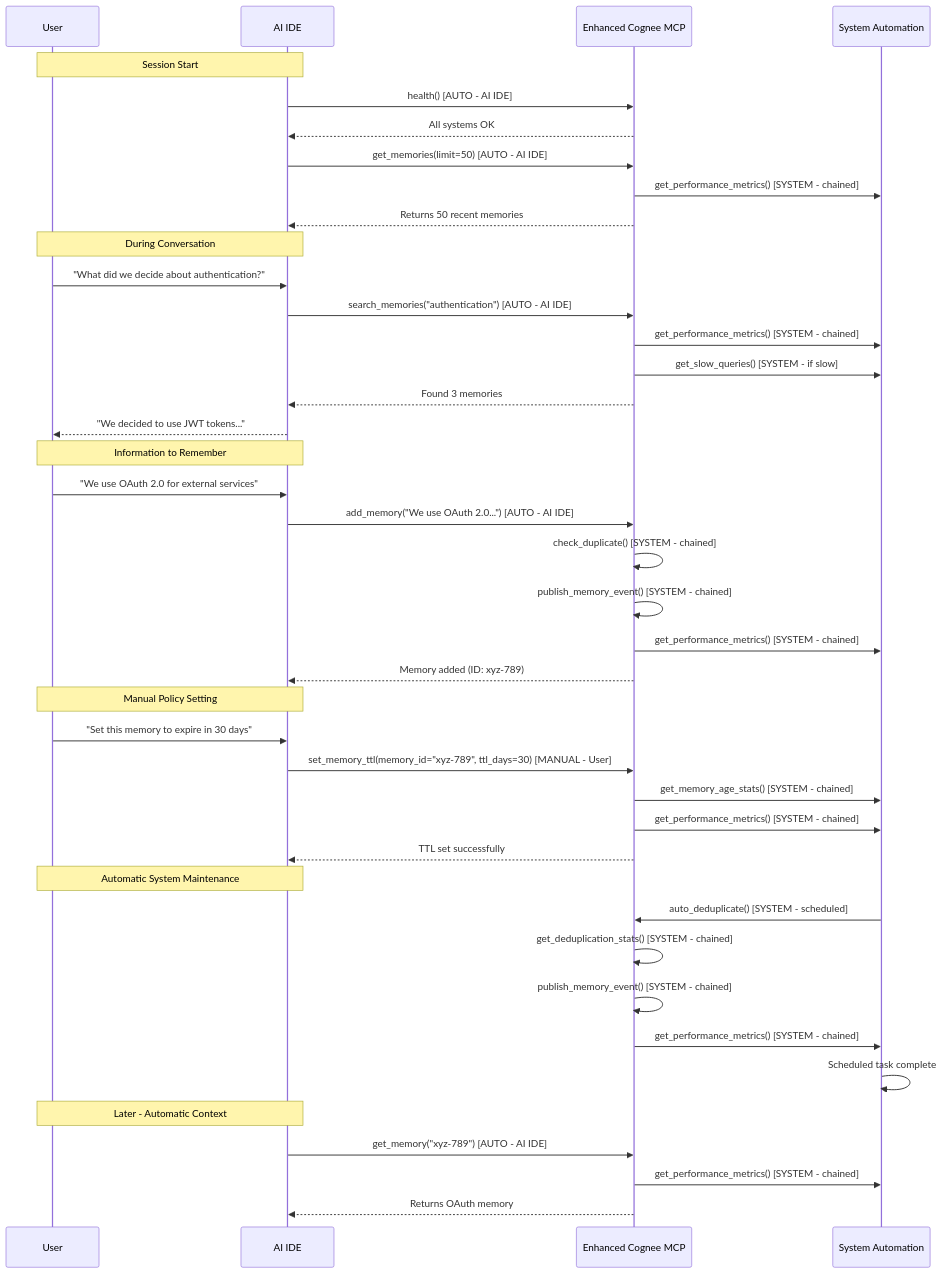
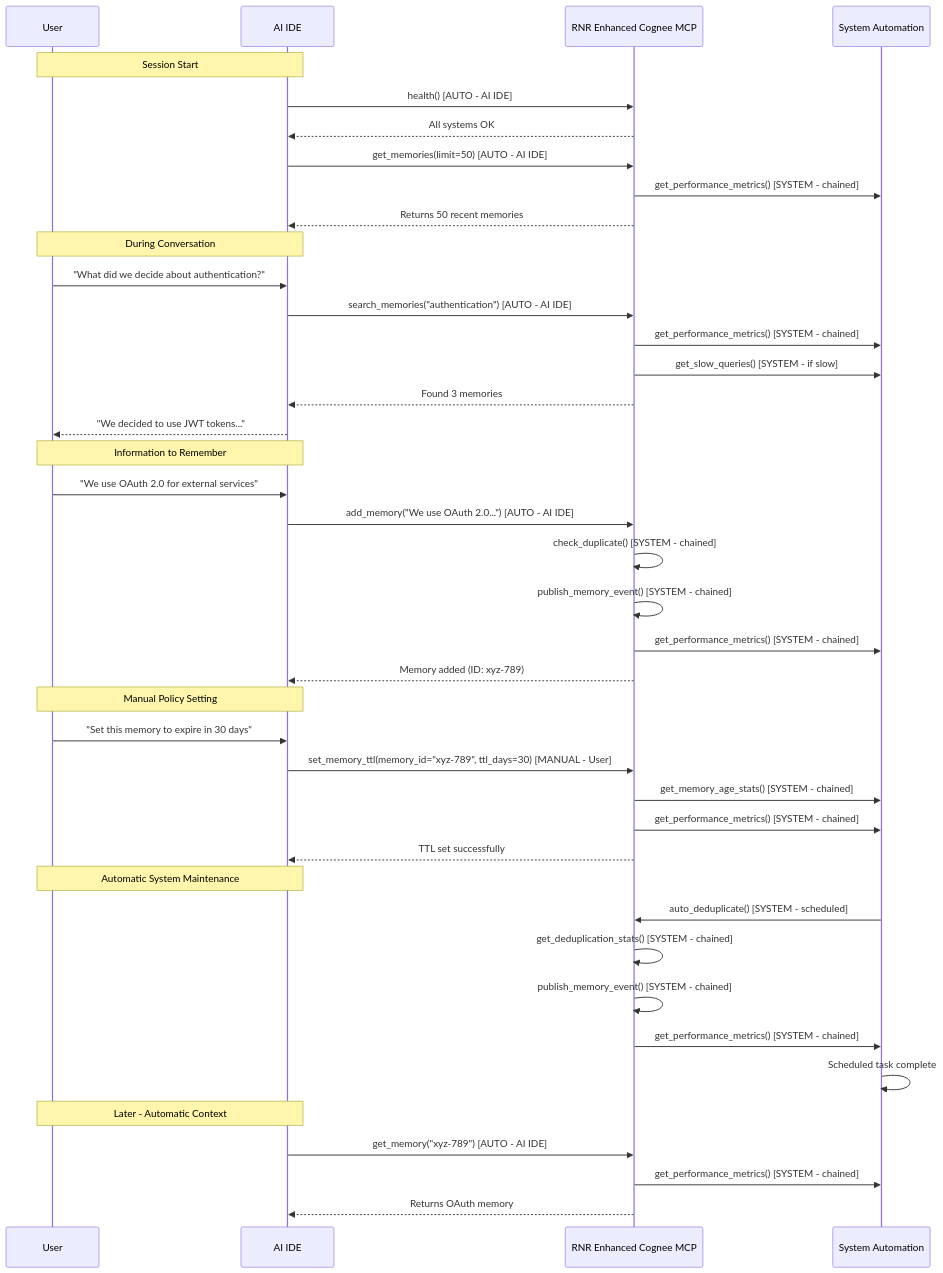
The fourth of 4 diagrams in README.md (vincentspereira/Enhanced-Cognee), drawn with Mermaid before and after one commit. The commit also changed other lines of this file and 464 other files, not shown here.

First line of the commit message:
chore(rename): rebrand references to RNR Enhanced Cognee

````diff
--- a/README.md
+++ b/README.md
@@ -1969,60 +1969,60 @@
 ```mermaid
 sequenceDiagram
     participant User
     participant AI as AI IDE
-    participant MCP as Enhanced Cognee MCP
+    participant MCP as RNR Enhanced Cognee MCP
     participant Sys as System Automation
 
     Note over User,AI: Session Start
 
     AI->>MCP: health() [AUTO - AI IDE]
     MCP-->>AI: All systems OK
 
     AI->>MCP: get_memories(limit=50) [AUTO - AI IDE]
     MCP->>Sys: get_performance_metrics() [SYSTEM - chained]
     MCP-->>AI: Returns 50 recent memories
 
     Note over User,AI: During Conversation
 
     User->>AI: "What did we decide about authentication?"
 
     AI->>MCP: search_memories("authentication") [AUTO - AI IDE]
     MCP->>Sys: get_performance_metrics() [SYSTEM - chained]
     MCP->>Sys: get_slow_queries() [SYSTEM - if slow]
     MCP-->>AI: Found 3 memories
 
     AI-->>User: "We decided to use JWT tokens..."
 
     Note over User,AI: Information to Remember
 
     User->>AI: "We use OAuth 2.0 for external services"
 
     AI->>MCP: add_memory("We use OAuth 2.0...") [AUTO - AI IDE]
     MCP->>MCP: check_duplicate() [SYSTEM - chained]
     MCP->>MCP: publish_memory_event() [SYSTEM - chained]
     MCP->>Sys: get_performance_metrics() [SYSTEM - chained]
     MCP-->>AI: Memory added (ID: xyz-789)
 
     Note over User,AI: Manual Policy Setting
 
     User->>AI: "Set this memory to expire in 30 days"
 
     AI->>MCP: set_memory_ttl(memory_id="xyz-789", ttl_days=30) [MANUAL - User]
     MCP->>Sys: get_memory_age_stats() [SYSTEM - chained]
     MCP->>Sys: get_performance_metrics() [SYSTEM - chained]
     MCP-->>AI: TTL set successfully
 
     Note over User,AI: Automatic System Maintenance
 
     Sys->>MCP: auto_deduplicate() [SYSTEM - scheduled]
     MCP->>MCP: get_deduplication_stats() [SYSTEM - chained]
     MCP->>MCP: publish_memory_event() [SYSTEM - chained]
     MCP->>Sys: get_performance_metrics() [SYSTEM - chained]
     Sys->>Sys: Scheduled task complete
 
     Note over User,AI: Later - Automatic Context
 
     AI->>MCP: get_memory("xyz-789") [AUTO - AI IDE]
     MCP->>Sys: get_performance_metrics() [SYSTEM - chained]
     MCP-->>AI: Returns OAuth memory
 ```
````
